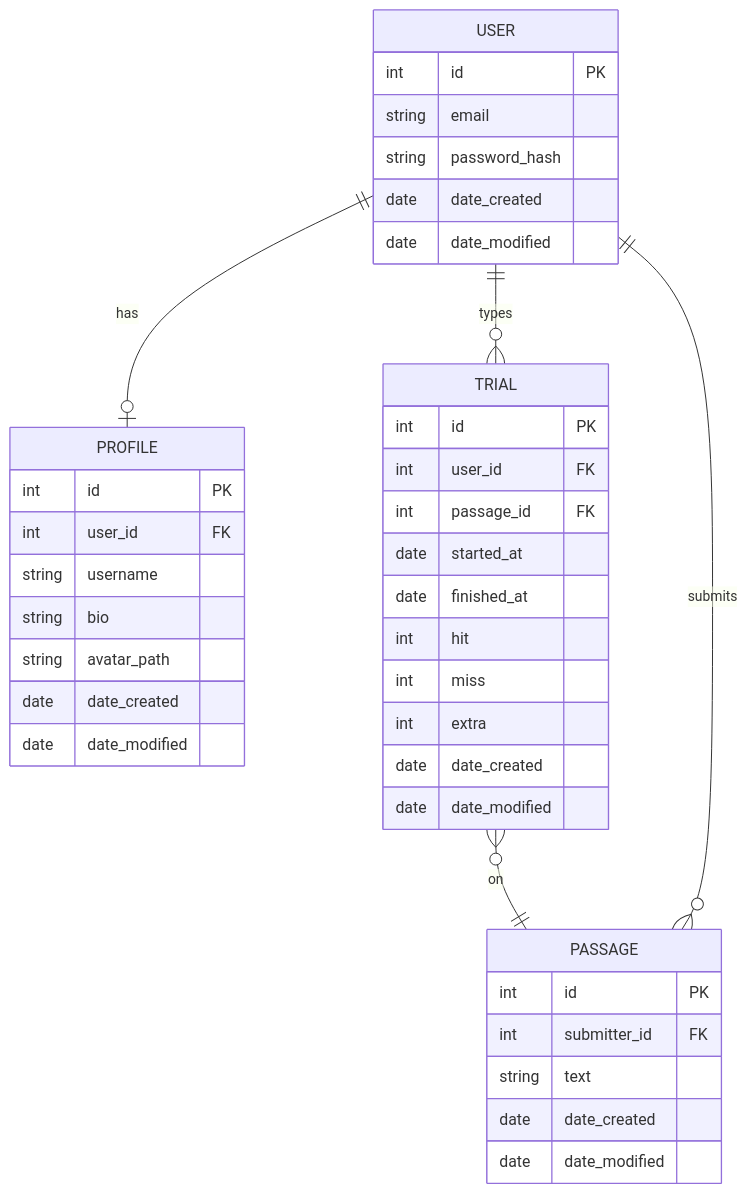
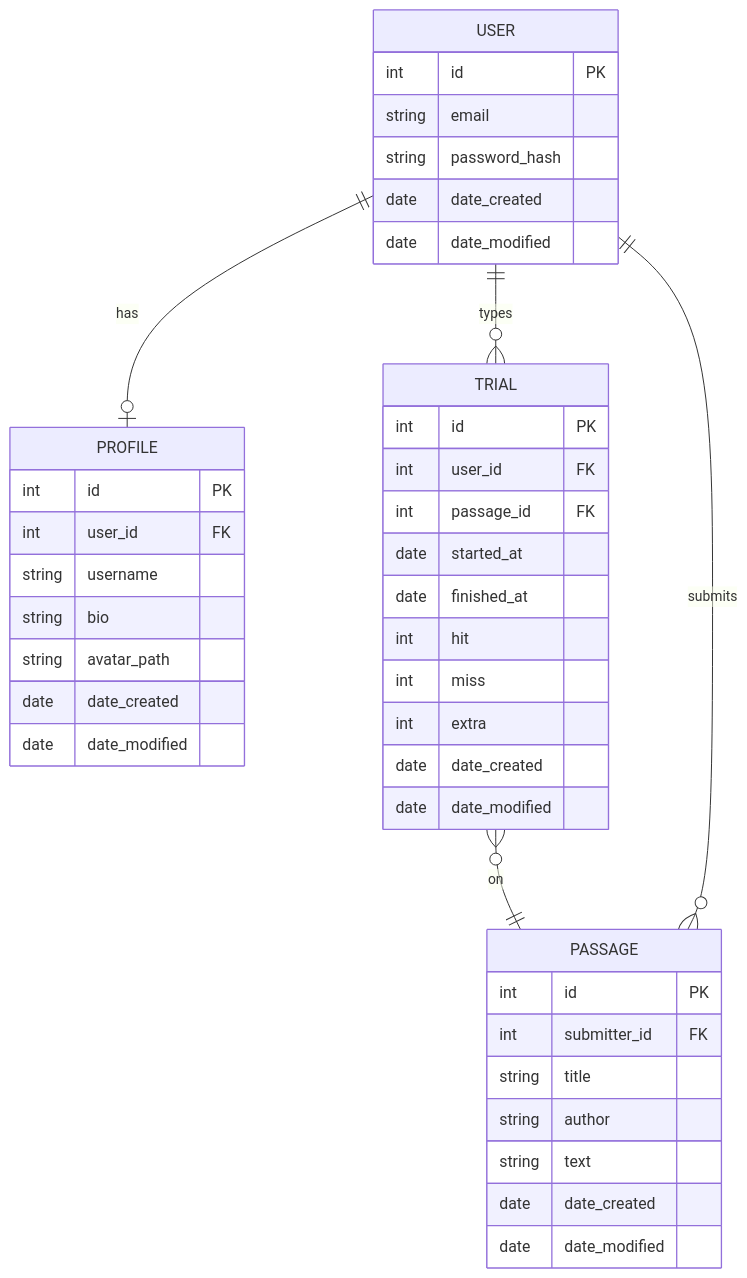
The diagram in erd.md (EwbiDev/typey), drawn with Mermaid before and after one commit.

Commit message:
docs: update erd

````diff
--- a/erd.md
+++ b/erd.md
@@ -3,50 +3,53 @@
 ```mermaid
 erDiagram
   USER ||--o| PROFILE : has
   TRIAL }o--|| PASSAGE : on
   USER ||--o{ TRIAL : types
   USER ||--o{ PASSAGE : submits
 
   USER {
     int id PK
     string email
     string password_hash
 
     date date_created
     date date_modified
   }
 
   PROFILE {
     int id PK
     int user_id FK
     string username
     string bio
     string avatar_path
 
     date date_created
     date date_modified
   }
 
   TRIAL {
     int id PK
     int user_id FK
     int passage_id FK
     date started_at
     date finished_at
     int hit
     int miss
     int extra
 
     date date_created
     date date_modified
   }
 
   PASSAGE {
     int id PK
     int submitter_id FK
+
+    string title
+    string author
     string text
 
     date date_created
     date date_modified
   }
 ```
````
